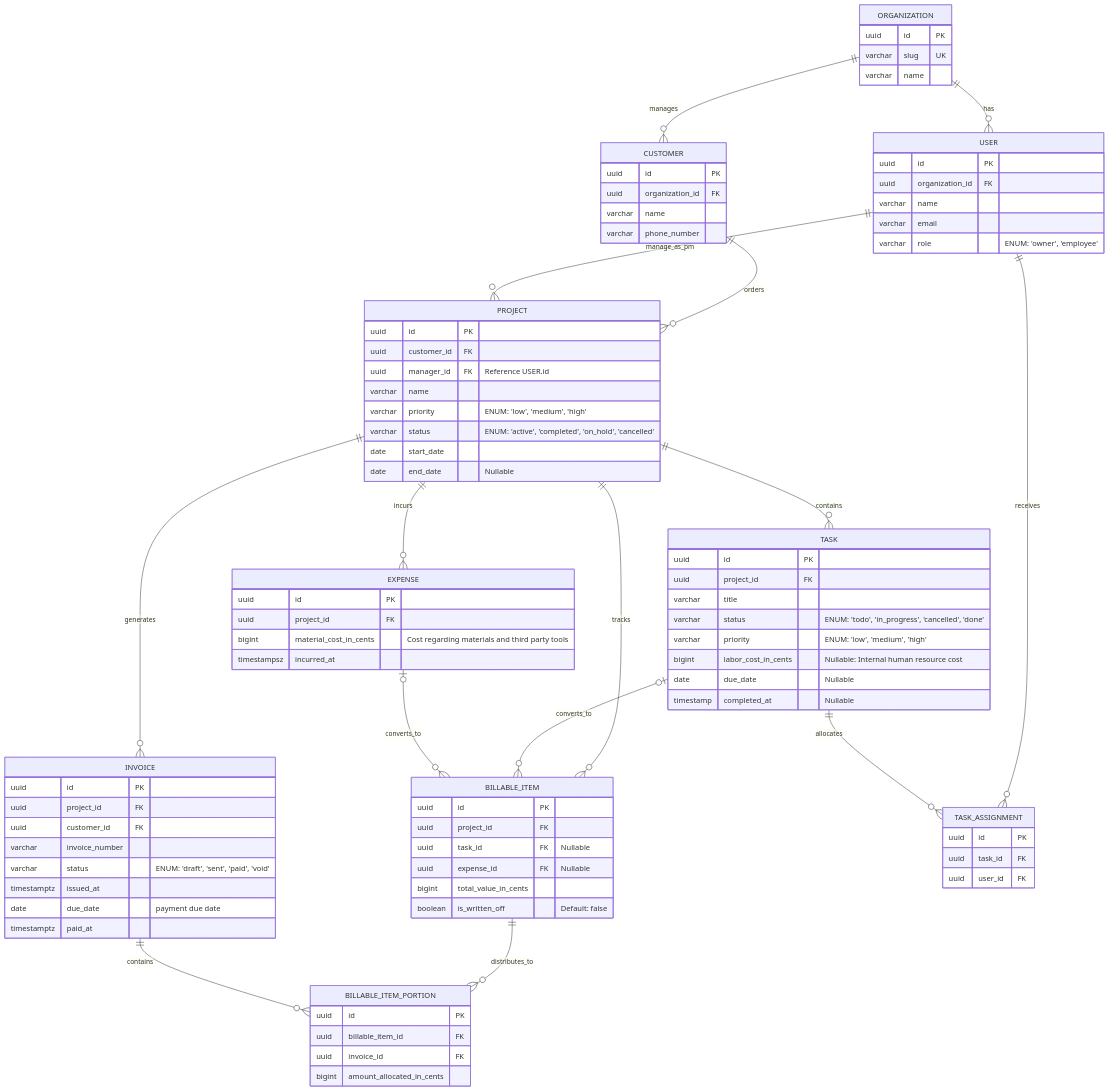
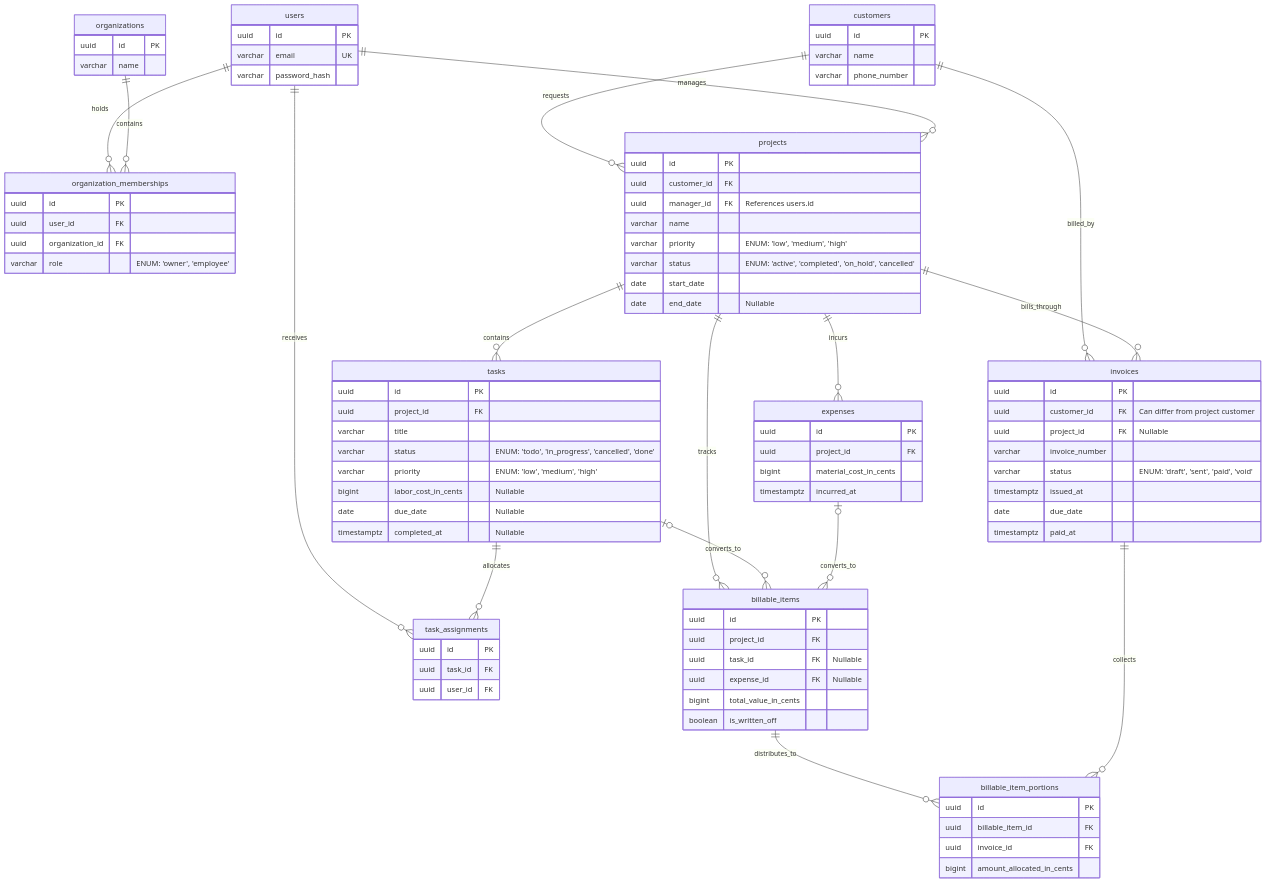
One commit to mauriciobarda/service-tenant-erp changed the diagram in docs/database.md. Above: the diagram before and after it, drawn with Mermaid. The commit also changed other lines of this file and 2 other files, not shown here.

Commit message:
docs: privot from slug-based multi-tenancy to user-first authentication

````diff
--- a/docs/database.md
+++ b/docs/database.md
@@ -22,105 +29,112 @@
 ```mermaid
 erDiagram
-    ORGANIZATION ||--o{ USER : has
-    ORGANIZATION ||--o{ CUSTOMER : manages
-    CUSTOMER ||--o{ PROJECT : orders
+    users {
+        uuid id PK
+        varchar email UK
+        varchar password_hash
+    }
 
-    PROJECT ||--o{ TASK : contains
-    PROJECT ||--o{ EXPENSE : incurs
-    PROJECT ||--o{ BILLABLE_ITEM : tracks
-    PROJECT ||--o{ INVOICE : generates
-
-    TASK |o--o{ BILLABLE_ITEM : converts_to
-    EXPENSE |o--o{ BILLABLE_ITEM : converts_to
-
-    BILLABLE_ITEM ||--o{ BILLABLE_ITEM_PORTION : distributes_to
-    INVOICE ||--o{ BILLABLE_ITEM_PORTION : contains
-
-    %% Task assignment and project management links
-    USER ||--o{ PROJECT : manage_as_pm   
-    USER ||--o{ TASK_ASSIGNMENT : receives
-    TASK ||--o{ TASK_ASSIGNMENT : allocates
-
-    ORGANIZATION {
+    organizations {
         uuid id PK
-        varchar slug UK
         varchar name
     }
 
-    USER {
+    organization_memberships {
         uuid id PK
+        uuid user_id FK
         uuid organization_id FK
-        varchar name
-        varchar email
         varchar role "ENUM: 'owner', 'employee'"
     }
 
-    CUSTOMER {
+    customers {
         uuid id PK
-        uuid organization_id FK
         varchar name
         varchar phone_number
     }
 
-    PROJECT {
+    projects {
         uuid id PK
         uuid customer_id FK
-        uuid manager_id FK "Reference USER.id"
+        uuid manager_id FK "References users.id"
         varchar name
-        varchar priority "ENUM: 'low', 'medium', 'high'"       
+        varchar priority "ENUM: 'low', 'medium', 'high'"
         varchar status "ENUM: 'active', 'completed', 'on_hold', 'cancelled'"
         date start_date
         date end_date "Nullable"
     }
 
-    TASK {
+    tasks {
         uuid id PK
         uuid project_id FK
         varchar title
         varchar status "ENUM: 'todo', 'in_progress', 'cancelled', 'done'"
         varchar priority "ENUM: 'low', 'medium', 'high'"
-        bigint labor_cost_in_cents "Nullable: Internal human resource cost"
+        bigint labor_cost_in_cents "Nullable"
         date due_date "Nullable"
-        timestamp completed_at "Nullable"
+        timestamptz completed_at "Nullable"
     }
 
-    TASK_ASSIGNMENT {
+    task_assignments {
         uuid id PK
         uuid task_id FK
         uuid user_id FK
     }
 
-    EXPENSE {
+    expenses {
         uuid id PK
         uuid project_id FK
-        bigint material_cost_in_cents "Cost regarding materials and third party tools"
-        timestampsz incurred_at 
+        bigint material_cost_in_cents
+        timestamptz incurred_at
     }
 
-    BILLABLE_ITEM {
+    billable_items {
         uuid id PK
         uuid project_id FK
         uuid task_id FK "Nullable"
         uuid expense_id FK "Nullable"
         bigint total_value_in_cents
-        boolean is_written_off "Default: false"
+        boolean is_written_off
     }
 
-    BILLABLE_ITEM_PORTION {
+    billable_item_portions {
         uuid id PK
         uuid billable_item_id FK
         uuid invoice_id FK
         bigint amount_allocated_in_cents
     }
 
-    INVOICE {
+    invoices {
         uuid id PK
-        uuid project_id FK 
-        uuid customer_id FK
+        uuid customer_id FK "Can differ from project customer"
+        uuid project_id FK "Nullable"
         varchar invoice_number
         varchar status "ENUM: 'draft', 'sent', 'paid', 'void'"
         timestamptz issued_at
-        date due_date "payment due date"
+        date due_date
         timestamptz paid_at
     }
+
+    %% Authentication & Workspace Access Boundaries
+    users ||--o{ organization_memberships : holds
+    organizations ||--o{ organization_memberships : contains
+
+    %% Core Relational Chains
+    customers ||--o{ projects : requests
+    customers ||--o{ invoices : billed_by
+    projects ||--o{ tasks : contains
+    projects ||--o{ expenses : incurs
+    projects ||--o{ billable_items : tracks
+    projects ||--o{ invoices : bills_through
+
+    %% Transactional Mappings
+    tasks |o--o{ billable_items : converts_to
+    expenses |o--o{ billable_items : converts_to
+    billable_items ||--o{ billable_item_portions : distributes_to
+    invoices ||--o{ billable_item_portions : collects
+
+    %% Work Resource Allocations
+    users ||--o{ projects : manages
+    users ||--o{ task_assignments : receives
+    tasks ||--o{ task_assignments : allocates
+
 ```
````
